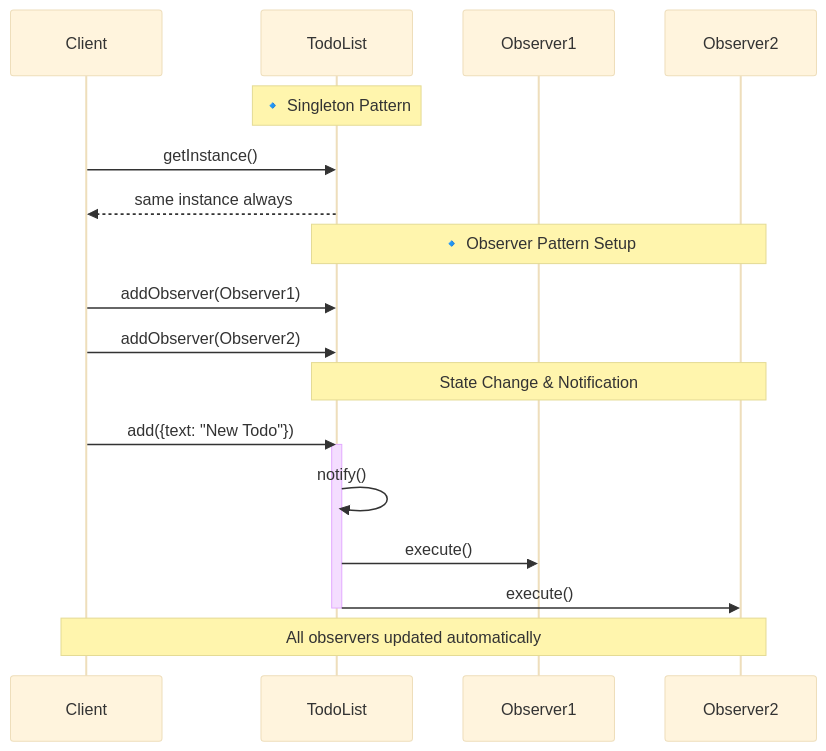
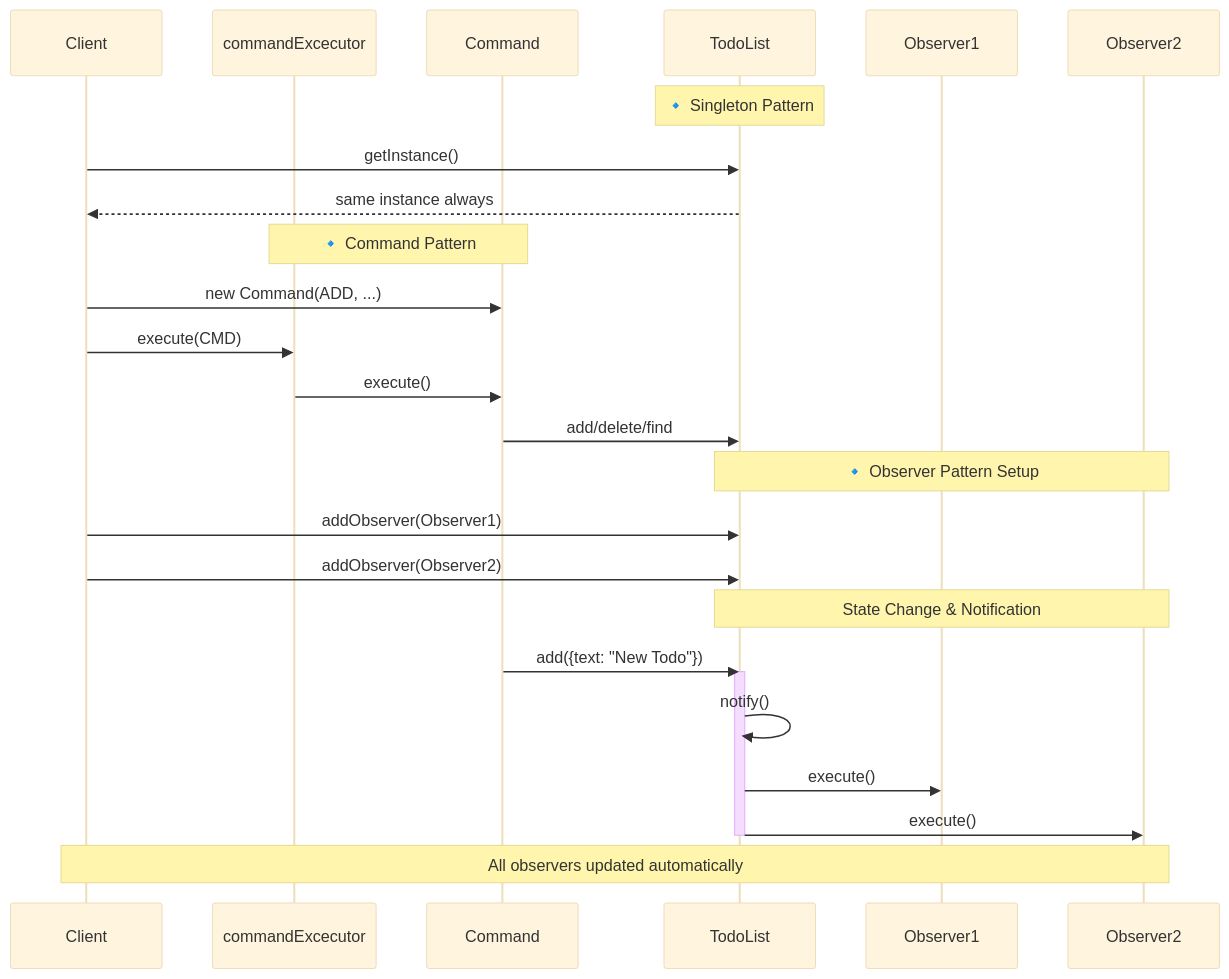
The second of 3 diagrams in README.md (Shinkei/js-todo-patterns), drawn with Mermaid (base theme) before and after one commit. The commit also changed other lines of this file, not shown here.

Commit message:
update readme with command pattern

````diff
--- a/README.md
+++ b/README.md
@@ -60,25 +69,33 @@
 ```mermaid
 sequenceDiagram
     participant C as Client
+    participant CE as commandExcecutor
+    participant CMD as Command
     participant TL as TodoList
     participant O1 as Observer1
     participant O2 as Observer2
-    
+
     Note over TL: 🔹 Singleton Pattern
     C->>TL: getInstance()
     TL-->>C: same instance always
-    
+
+    Note over CE,CMD: 🔹 Command Pattern
+    C->>CMD: new Command(ADD, ...)
+    C->>CE: execute(CMD)
+    CE->>CMD: execute()
+    CMD->>TL: add/delete/find
+
     Note over TL,O2: 🔹 Observer Pattern Setup
     C->>TL: addObserver(Observer1)
     C->>TL: addObserver(Observer2)
-    
+
     Note over TL,O2: State Change & Notification
-    C->>TL: add({text: "New Todo"})
+    CMD->>TL: add({text: "New Todo"})
     activate TL
     TL->>TL: notify()
     TL->>O1: execute()
     TL->>O2: execute()
     deactivate TL
-    
+
     Note over C,O2: All observers updated automatically
 ```
````
